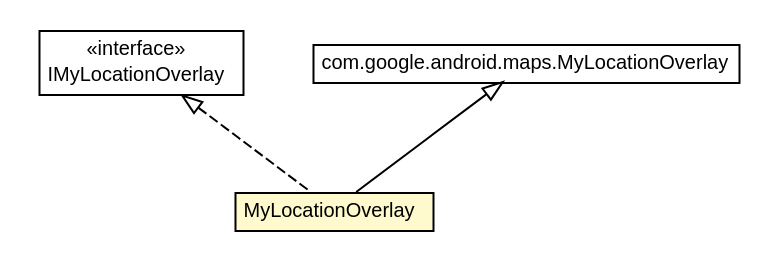
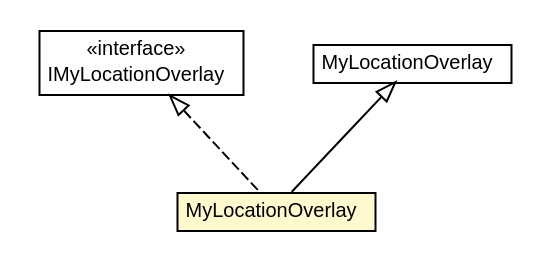
One commit to osmdroid/osmdroid changed the diagram in javadocs/osmdroid-third-party/debug/org/osmdroid/google/wrapper/MyLocationOverlay.dot. Above: the diagram before and after it, drawn with Graphviz. The commit also changed 5968 other files, not shown here.

```diff
--- a/javadocs/osmdroid-third-party/debug/org/osmdroid/google/wrapper/MyLocationOverlay.dot
+++ b/javadocs/osmdroid-third-party/debug/org/osmdroid/google/wrapper/MyLocationOverlay.dot
@@ -1,35 +1,35 @@
 #!/usr/local/bin/dot
 #
 # Class diagram 
 # Generated by UMLGraph version R5_6-24-gf6e263 (http://www.umlgraph.org/)
 #
 
 digraph G {
 	edge [fontname="arial",fontsize=10,labelfontname="arial",labelfontsize=10];
 	node [fontname="arial",fontsize=10,shape=plaintext];
 	nodesep=0.25;
 	ranksep=0.5;
 	// org.osmdroid.api.IMyLocationOverlay
-	c520 [label=<<table title="org.osmdroid.api.IMyLocationOverlay" border="0" cellborder="1" cellspacing="0" cellpadding="2" port="p" href="../../api/IMyLocationOverlay.html">
+	c523 [label=<<table title="org.osmdroid.api.IMyLocationOverlay" border="0" cellborder="1" cellspacing="0" cellpadding="2" port="p" href="../../api/IMyLocationOverlay.html">
 		<tr><td><table border="0" cellspacing="0" cellpadding="1">
 <tr><td align="center" balign="center"> &#171;interface&#187; </td></tr>
 <tr><td align="center" balign="center"> IMyLocationOverlay </td></tr>
 		</table></td></tr>
 		</table>>, URL="../../api/IMyLocationOverlay.html", fontname="arial", fontcolor="black", fontsize=10.0];
 	// org.osmdroid.google.wrapper.MyLocationOverlay
-	c532 [label=<<table title="org.osmdroid.google.wrapper.MyLocationOverlay" border="0" cellborder="1" cellspacing="0" cellpadding="2" port="p" bgcolor="lemonChiffon" href="./MyLocationOverlay.html">
+	c535 [label=<<table title="org.osmdroid.google.wrapper.MyLocationOverlay" border="0" cellborder="1" cellspacing="0" cellpadding="2" port="p" bgcolor="lemonChiffon" href="./MyLocationOverlay.html">
 		<tr><td><table border="0" cellspacing="0" cellpadding="1">
 <tr><td align="center" balign="center"> MyLocationOverlay </td></tr>
 		</table></td></tr>
 		</table>>, URL="./MyLocationOverlay.html", fontname="arial", fontcolor="black", fontsize=10.0];
 	//org.osmdroid.google.wrapper.MyLocationOverlay extends com.google.android.maps.MyLocationOverlay
-	c542:p -> c532:p [dir=back,arrowtail=empty];
+	c545:p -> c535:p [dir=back,arrowtail=empty];
 	//org.osmdroid.google.wrapper.MyLocationOverlay implements org.osmdroid.api.IMyLocationOverlay
-	c520:p -> c532:p [dir=back,arrowtail=empty,style=dashed];
+	c523:p -> c535:p [dir=back,arrowtail=empty,style=dashed];
 	// com.google.android.maps.MyLocationOverlay
-	c542[label=<<table title="com.google.android.maps.MyLocationOverlay" border="0" cellborder="1" cellspacing="0" cellpadding="2" port="p" href="http://java.sun.com/j2se/1.4.2/docs/api/com/google/android/maps/MyLocationOverlay.html">
+	c545 [label=<<table title="com.google.android.maps.MyLocationOverlay" border="0" cellborder="1" cellspacing="0" cellpadding="2" port="p" href="http://java.sun.com/j2se/1.4.2/docs/api/com/google/android/maps/MyLocationOverlay.html">
 		<tr><td><table border="0" cellspacing="0" cellpadding="1">
-<tr><td align="center" balign="center"> com.google.android.maps.MyLocationOverlay </td></tr>
+<tr><td align="center" balign="center"> MyLocationOverlay </td></tr>
 		</table></td></tr>
-		</table>>, fontname="arial", fontcolor="black", fontsize=10.0];
+		</table>>, URL="http://java.sun.com/j2se/1.4.2/docs/api/com/google/android/maps/MyLocationOverlay.html", fontname="arial", fontcolor="black", fontsize=10.0];
 }
```
